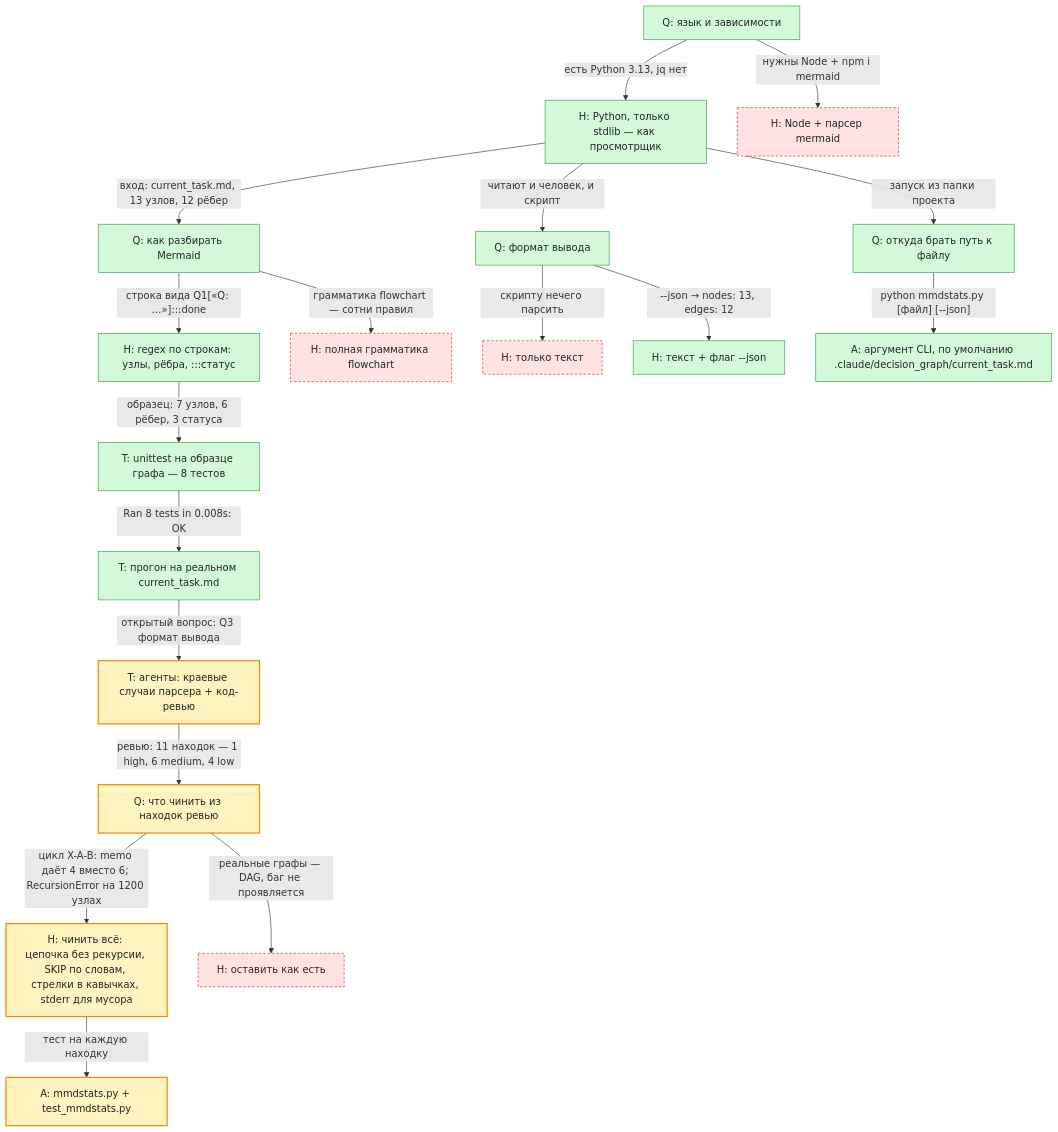
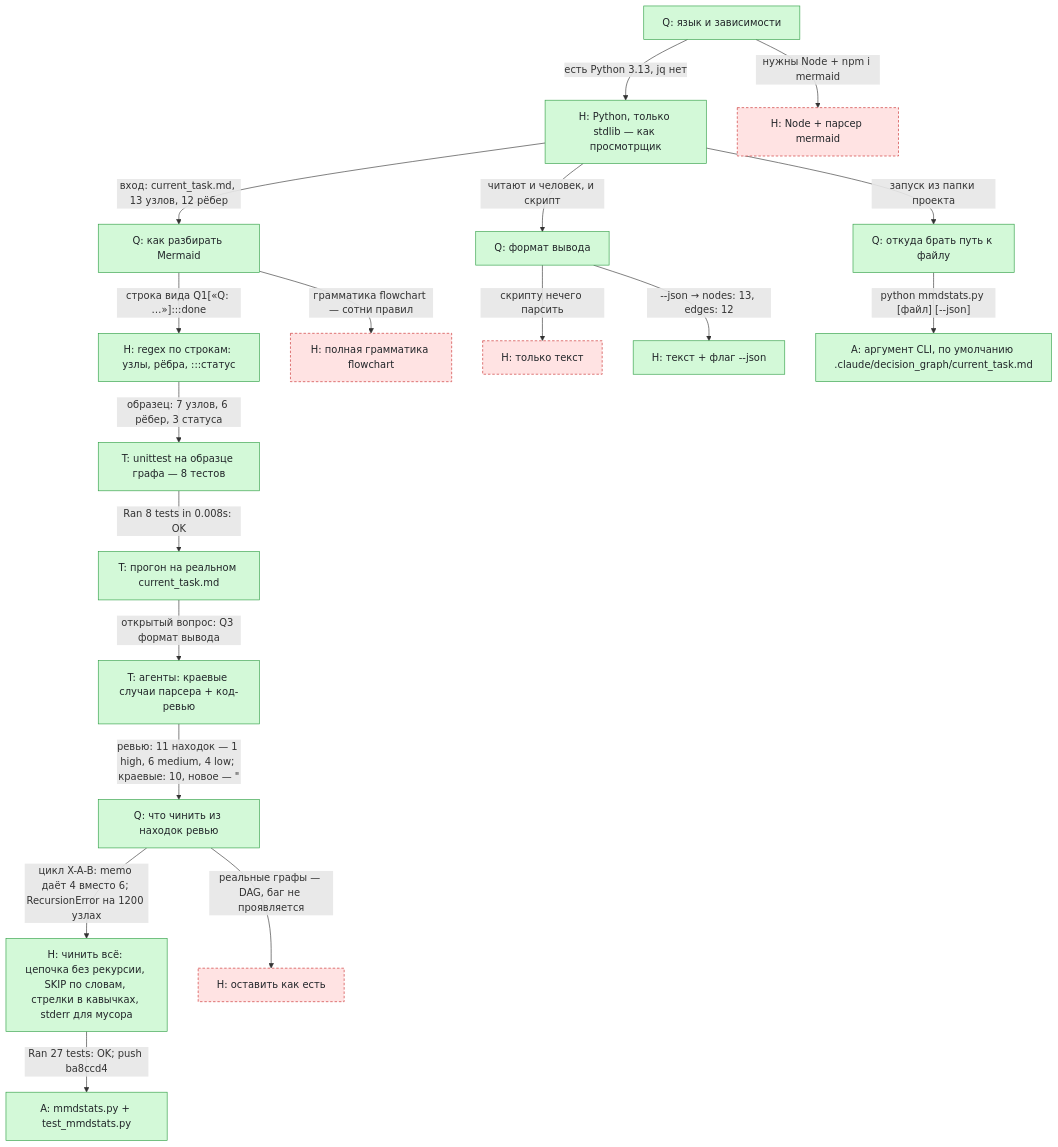
One commit to IGORSVOLOHOVS/ClaudeCodeMindViz changed the diagram in .claude/decision_graph/current_task.md. Above: the diagram before and after it, drawn with Mermaid. The commit also changed 2 other files, not shown here.

Commit message:
Закрыть задачу mmdstats в графе решений, обновить трассу

````diff
--- a/.claude/decision_graph/current_task.md
+++ b/.claude/decision_graph/current_task.md
@@ -8,25 +8,25 @@
 ```mermaid
 flowchart TD
   classDef active fill:#fff3bf,stroke:#f08c00,stroke-width:2px,color:#212529
   classDef done fill:#d3f9d8,stroke:#2f9e44,color:#212529
   classDef rejected fill:#ffe3e3,stroke:#c92a2a,stroke-dasharray:4 3,color:#212529
 
   Q1["Q: язык и зависимости"]:::done
   Q1 -->|"есть Python 3.13, jq нет"| H1["H: Python, только stdlib — как просмотрщик"]:::done
   Q1 -->|"нужны Node + npm i mermaid"| H2["H: Node + парсер mermaid"]:::rejected
   H1 -->|"вход: current_task.md, 13 узлов, 12 рёбер"| Q2["Q: как разбирать Mermaid"]:::done
   Q2 -->|"строка вида Q1[«Q: …»]:::done"| H3["H: regex по строкам: узлы, рёбра, :::статус"]:::done
   Q2 -->|"грамматика flowchart — сотни правил"| H4["H: полная грамматика flowchart"]:::rejected
   H1 -->|"читают и человек, и скрипт"| Q3["Q: формат вывода"]:::done
   Q3 -->|"скрипту нечего парсить"| H5["H: только текст"]:::rejected
   Q3 -->|"--json → nodes: 13, edges: 12"| H6["H: текст + флаг --json"]:::done
   H1 -->|"запуск из папки проекта"| Q4["Q: откуда брать путь к файлу"]:::done
   Q4 -->|"python mmdstats.py [файл] [--json]"| A1["A: аргумент CLI, по умолчанию .claude/decision_graph/current_task.md"]:::done
   H3 -->|"образец: 7 узлов, 6 рёбер, 3 статуса"| T1["T: unittest на образце графа — 8 тестов"]:::done
   T1 -->|"Ran 8 tests in 0.008s: OK"| T2["T: прогон на реальном current_task.md"]:::done
-  T2 -->|"открытый вопрос: Q3 формат вывода"| T3["T: агенты: краевые случаи парсера + код-ревью"]:::active
-  T3 -->|"ревью: 11 находок — 1 high, 6 medium, 4 low"| Q5["Q: что чинить из находок ревью"]:::active
-  Q5 -->|"цикл X-A-B: memo даёт 4 вместо 6; RecursionError на 1200 узлах"| H7["H: чинить всё: цепочка без рекурсии, SKIP по словам, стрелки в кавычках, stderr для мусора"]:::active
+  T2 -->|"открытый вопрос: Q3 формат вывода"| T3["T: агенты: краевые случаи парсера + код-ревью"]:::done
+  T3 -->|"ревью: 11 находок — 1 high, 6 medium, 4 low; краевые: 10, новое — #quot;"| Q5["Q: что чинить из находок ревью"]:::done
+  Q5 -->|"цикл X-A-B: memo даёт 4 вместо 6; RecursionError на 1200 узлах"| H7["H: чинить всё: цепочка без рекурсии, SKIP по словам, стрелки в кавычках, stderr для мусора"]:::done
   Q5 -->|"реальные графы — DAG, баг не проявляется"| H8["H: оставить как есть"]:::rejected
-  H7 -->|"тест на каждую находку"| A2["A: mmdstats.py + test_mmdstats.py"]:::active
+  H7 -->|"Ran 27 tests: OK; push ba8ccd4"| A2["A: mmdstats.py + test_mmdstats.py"]:::done
 ```
````
